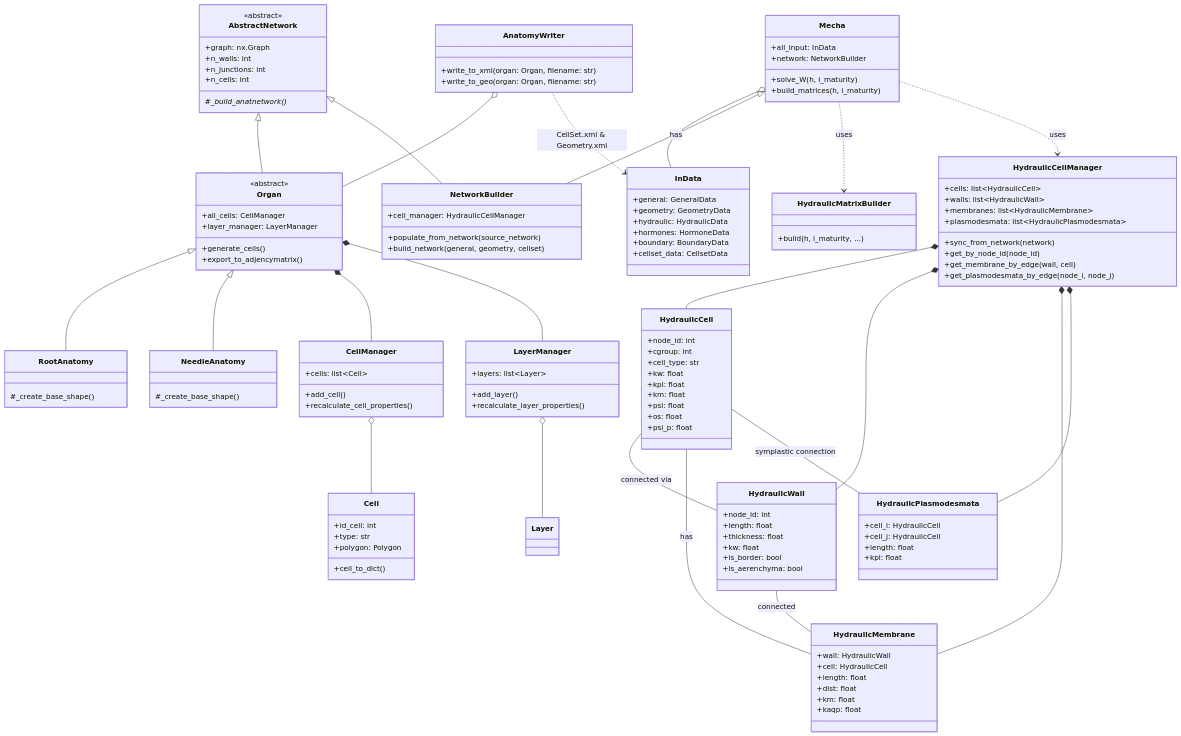
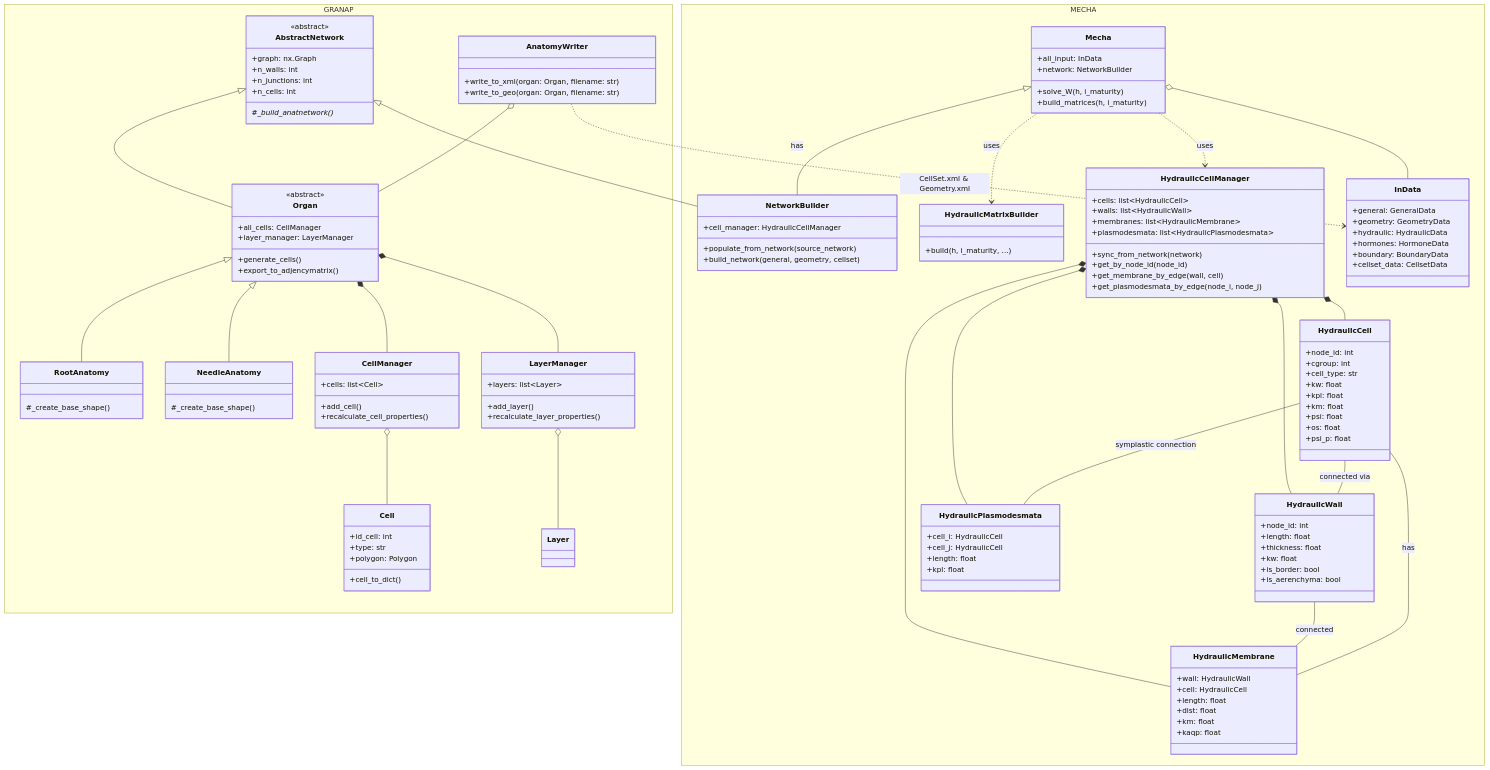
Before and after one commit to openalea-incubator/MECHA-dev: the first of 2 diagrams in test/AdvectionDiffusion.md, drawn with Mermaid. The commit also changed other lines of this file, not shown here.

````diff
--- a/test/AdvectionDiffusion.md
+++ b/test/AdvectionDiffusion.md
@@ -11,5 +11,7 @@
 ```mermaid
 classDiagram
+
+namespace GRANAP {
     class AbstractNetwork {
         <<abstract>>
         +graph: nx.Graph
@@ -51,12 +53,16 @@
         +add_layer()
         +recalculate_layer_properties()
     }
+    class Layer {
+    }
 
     class AnatomyWriter{
         +write_to_xml(organ: Organ, filename: str)
         +write_to_geo(organ: Organ, filename: str)
     }
+}
 
+namespace MECHA{
     class NetworkBuilder {
         +cell_manager: HydraulicCellManager
         +populate_from_network(source_network)
@@ -127,6 +133,7 @@
         +boundary: BoundaryData
         +cellset_data: CellsetData
     }
+}
 
     AbstractNetwork <|-- Organ
     AbstractNetwork <|-- NetworkBuilder
````
